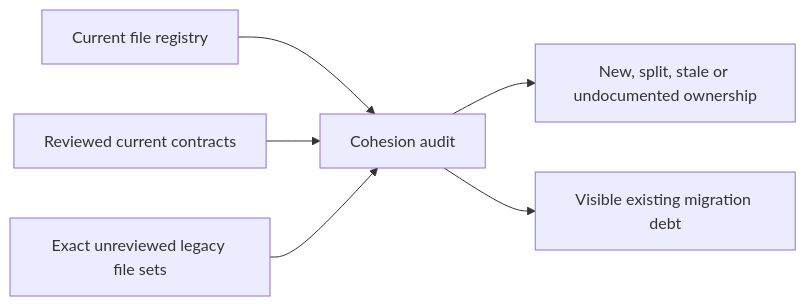
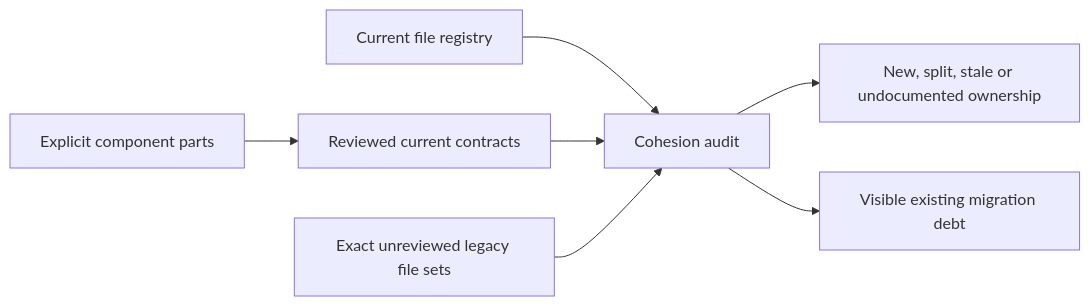
The diagram in tools/architecture/contracts/README.md (Vokerlee/wiola-player), drawn with Mermaid before and after one commit. The commit also changed other lines of this file and 7 other files, not shown here.

Commit message:
architecture: allow explicit parts of cohesive components

````diff
--- a/tools/architecture/contracts/README.md
+++ b/tools/architecture/contracts/README.md
@@ -5,8 +7,9 @@
 ```mermaid
 flowchart LR
   Registry[Current file registry] --> Audit[Cohesion audit]
   Contracts[Reviewed current contracts] --> Audit
+  Parts[Explicit component parts] --> Contracts
   Legacy[Exact unreviewed legacy file sets] --> Audit
   Audit --> Failures[New, split, stale or undocumented ownership]
   Audit --> Debt[Visible existing migration debt]
 ```
````
